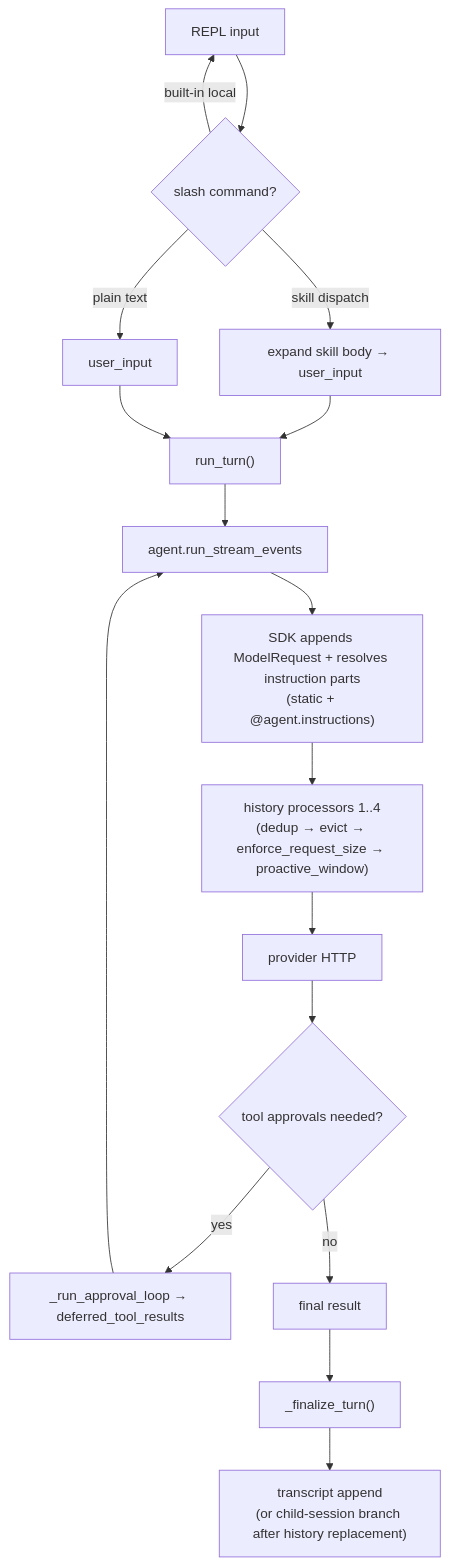
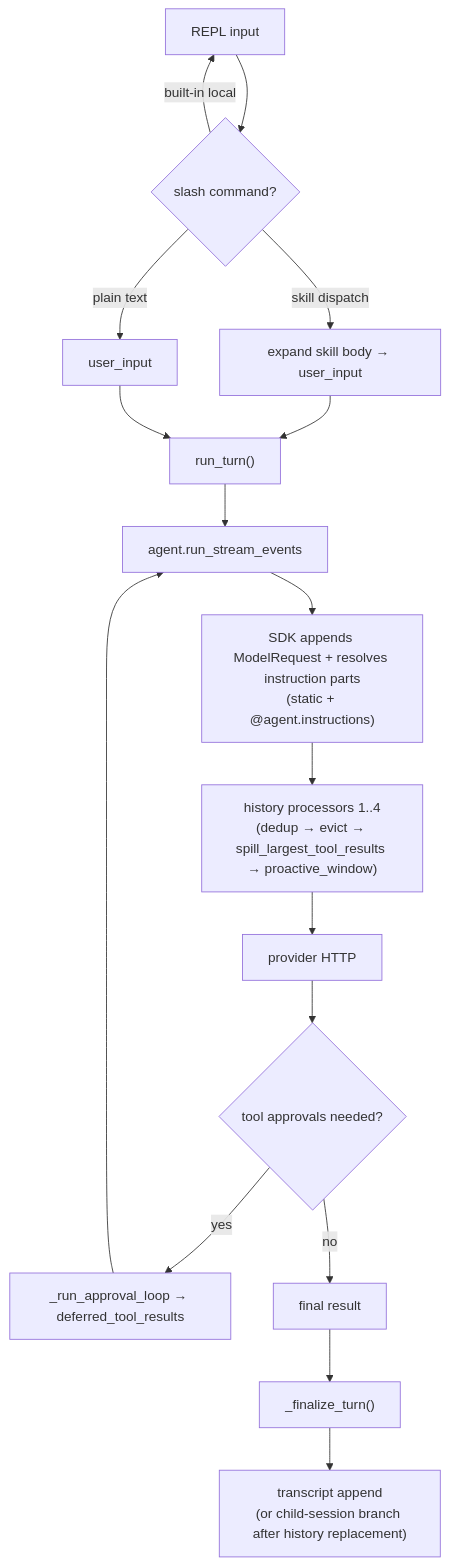
One commit to binlecode/co-cli changed the first of 2 diagrams in docs/specs/core-loop.md. Above: the diagram before and after it, drawn with Mermaid. The commit also changed other lines of this file and 31 other files, not shown here.

First line of the commit message:
refactor: v0.8.306 — rename enforce_request_size to spill_largest_tool_results

````diff
--- a/docs/specs/core-loop.md
+++ b/docs/specs/core-loop.md
@@ -12,21 +12,21 @@
 ```mermaid
 flowchart TD
     A["REPL input"] --> B{"slash command?"}
     B -->|built-in local| A
     B -->|skill dispatch| C["expand skill body → user_input"]
     B -->|plain text| D["user_input"]
     C --> E["run_turn()"]
     D --> E
 
     E --> F["agent.run_stream_events"]
     F --> G["SDK appends ModelRequest + resolves instruction parts<br/>(static + @agent.instructions)"]
-    G --> H["history processors 1..4<br/>(dedup → evict → enforce_request_size → proactive_window)"]
+    G --> H["history processors 1..4<br/>(dedup → evict → spill_largest_tool_results → proactive_window)"]
     H --> I["provider HTTP"]
     I --> J{"tool approvals needed?"}
     J -->|yes| K["_run_approval_loop → deferred_tool_results"]
     K --> F
     J -->|no| L["final result"]
 
     L --> M["_finalize_turn()"]
     M --> N["transcript append<br/>(or child-session branch after history replacement)"]
 ```
````
